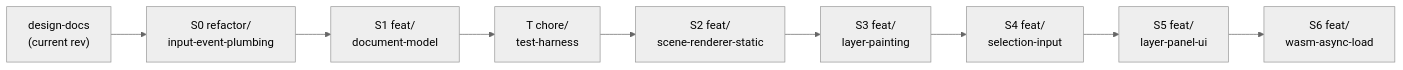
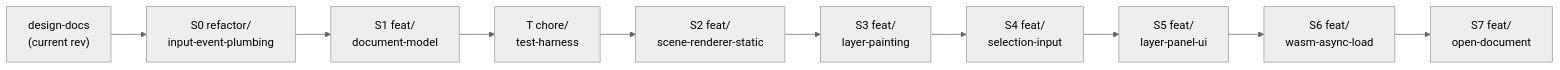
Before and after one commit to tauseefk/crayon: the diagram in multi-artboard-implementation.md, drawn with Mermaid (neutral theme). The commit also changed other lines of this file and 11 other files, not shown here.

Commit message:
S7: open document — Open button + file dialogs

````diff
--- a/multi-artboard-implementation.md
+++ b/multi-artboard-implementation.md
@@ -66,12 +68,13 @@
 ```mermaid
 flowchart LR
     D["design-docs<br/>(current rev)"] --> S0
     S0["S0 refactor/<br/>input-event-plumbing"] --> S1
     S1["S1 feat/<br/>document-model"] --> T
     T["T chore/<br/>test-harness"] --> S2
     S2["S2 feat/<br/>scene-renderer-static"] --> S3
     S3["S3 feat/<br/>layer-painting"] --> S4
     S4["S4 feat/<br/>selection-input"] --> S5
     S5["S5 feat/<br/>layer-panel-ui"] --> S6
-    S6["S6 feat/<br/>wasm-async-load"]
+    S6["S6 feat/<br/>wasm-async-load"] --> S7
+    S7["S7 feat/<br/>open-document"]
 ```
````
